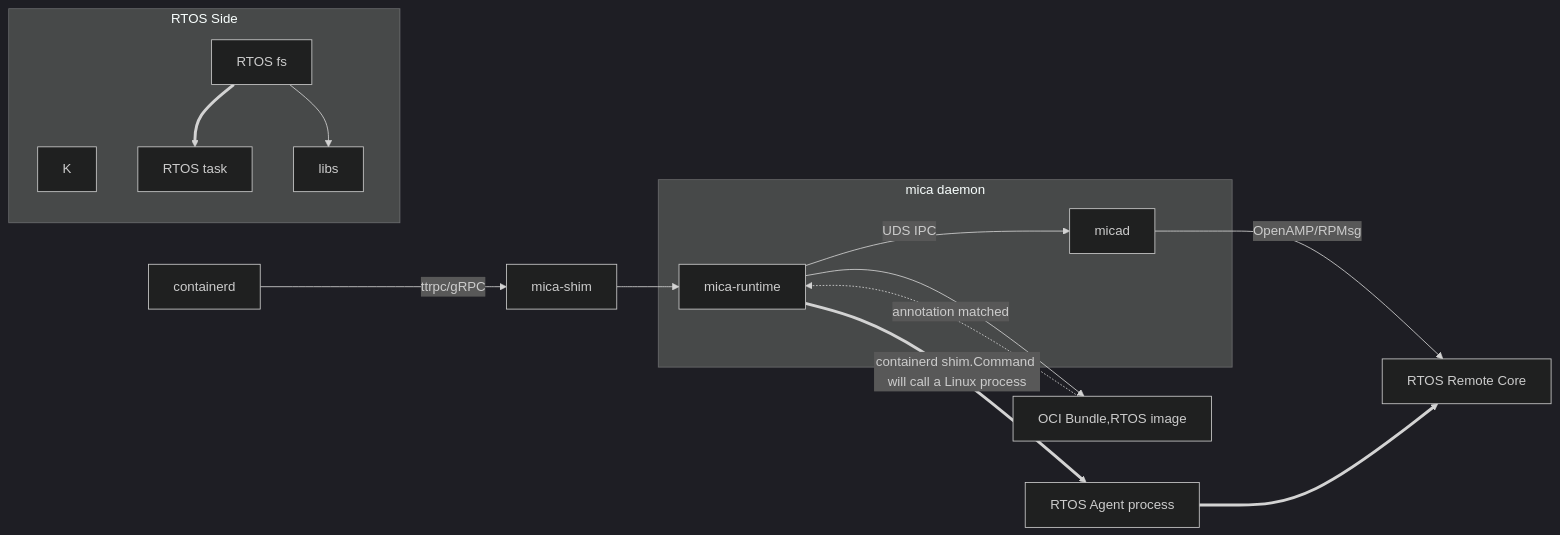
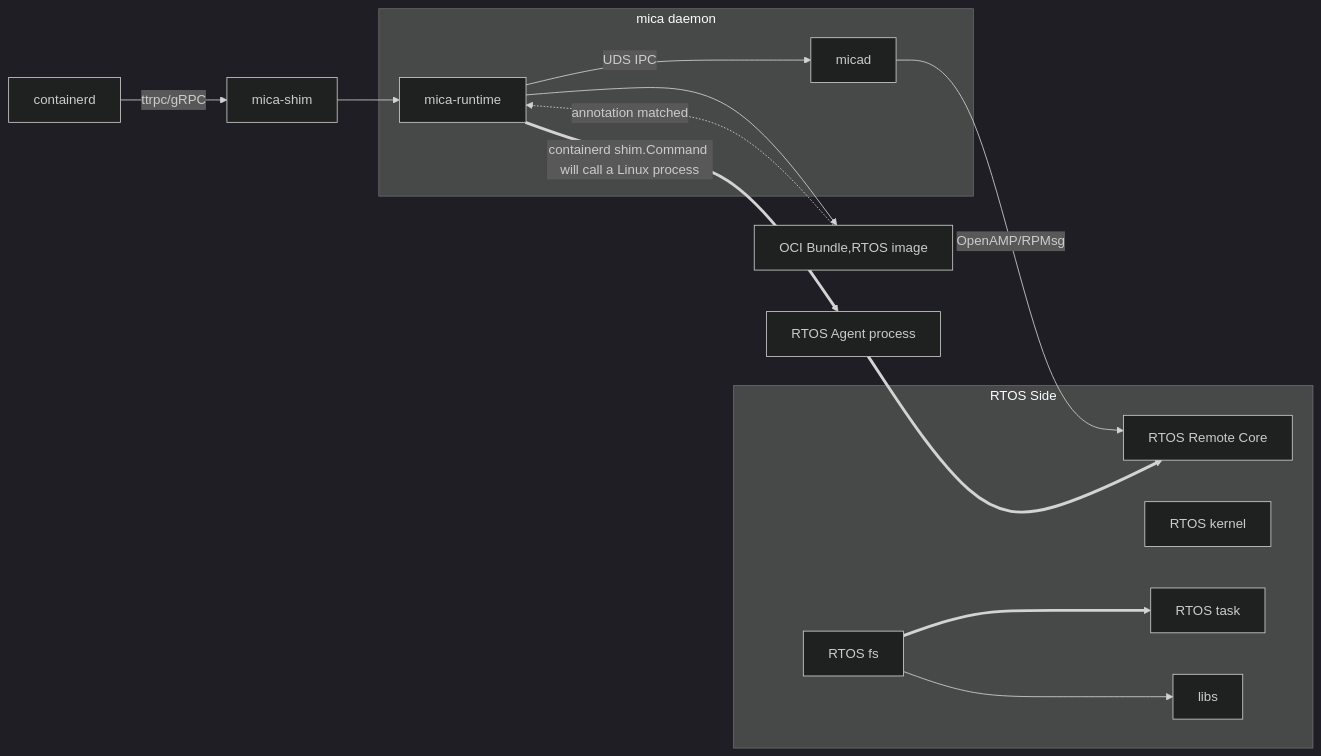
Before and after one commit to Egg12138/iodraw-files: the diagram in all/未命名.md, drawn with Mermaid (dark theme).

Commit message:
2025-06-21 17:13:28 update

````diff
--- a/all/未命名.md
+++ b/all/未命名.md
@@ -1,24 +1,24 @@
 ```mermaid
 
 graph LR
     CD[containerd] -->|ttrpc/gRPC| S
     S[mica-shim] --> MR
     MR[mica-runtime] -->|UDS IPC| A[micad]
     MR -->C[OCI Bundle,RTOS image]
     MR ==>|containerd shim.Command will call a Linux process|AG[RTOS Agent process]
     A -->|OpenAMP/RPMsg| B[RTOS Remote Core]
     C -.->|annotation matched| MR
     AG ==>B
     subgraph RTOS Side
-    
-        K
+        B
+        K[RTOS kernel]
         D[RTOS fs] ==> E
         D --> L[libs]
         E[RTOS task]
     end
     subgraph mica daemon
         A
         MR
     end
 
 ```
````
